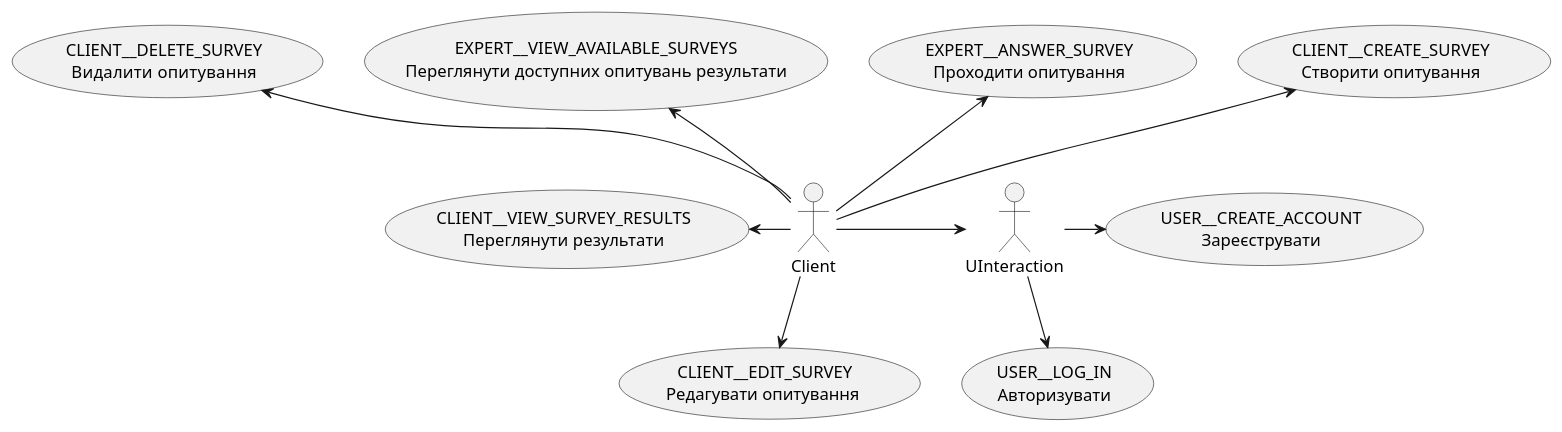
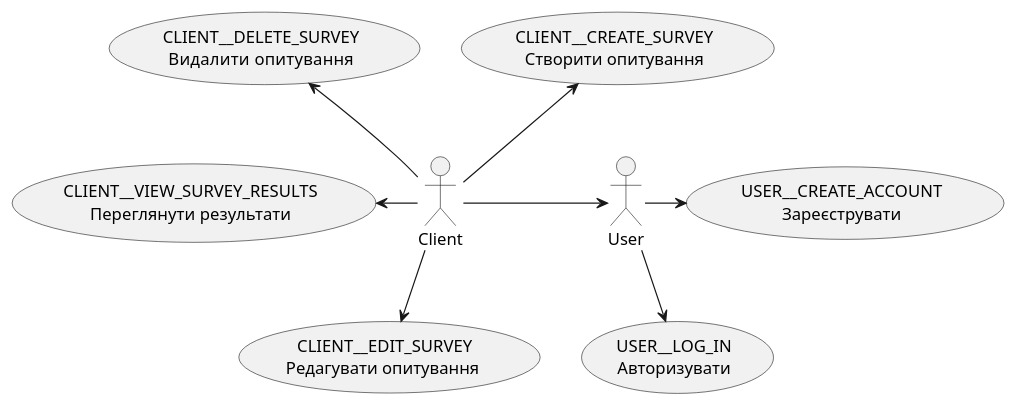
Before and after one commit to shmatkoden/db-course-theme1: the second of 11 diagrams in docs/use cases/README.md, drawn with PlantUML. The commit also changed other lines of this file and 3 other files, not shown here.

```diff
--- a/docs/use cases/README.md
+++ b/docs/use cases/README.md
@@ -51,26 +53,23 @@
 @startuml
 
 actor Client as Client
 
      usecase "USER__CREATE_ACCOUNT\nЗареєструвати" as SIGNUP
      usecase "USER__LOG_IN\nАвторизувати"  as SIGNIN
      usecase "CLIENT__CREATE_SURVEY\nСтворити опитування" as CREATTE
-     usecase "EXPERT__ANSWER_SURVEY\nПроходити опитування" as SURVEY_GO
      usecase "CLIENT__DELETE_SURVEY\nВидалити  опитування" as DELETE_SURVEY
      usecase " CLIENT__EDIT_SURVEY\nРедагувати опитування" as SEdit
      usecase "CLIENT__VIEW_SURVEY_RESULTS\nПереглянути результати" as SResults
-     usecase "EXPERT__VIEW_AVAILABLE_SURVEYS\nПереглянути доступних опитувань результати" as SERVEY_ALL
+     
 
-    Client -r-> UInteraction
-    UInteraction -r-> SIGNUP
-    UInteraction -d-> SIGNIN
+    Client -r-> User
+    User -r-> SIGNUP
+    User -d-> SIGNIN
     Client -d-> SEdit
     Client -l-> SResults
     Client -u-> CREATTE
-    Client -u-> SURVEY_GO
-    Client -u-> SERVEY_ALL
     Client -u-> DELETE_SURVEY
 
     
 
 @enduml
```
